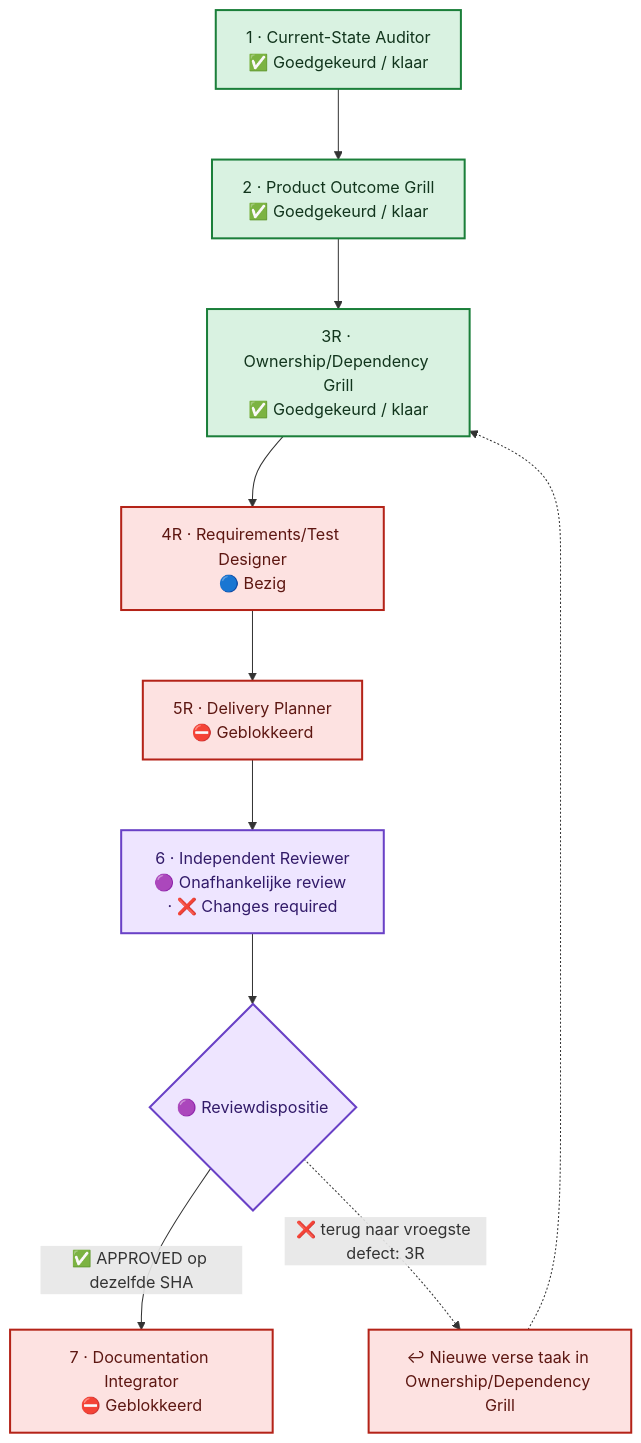
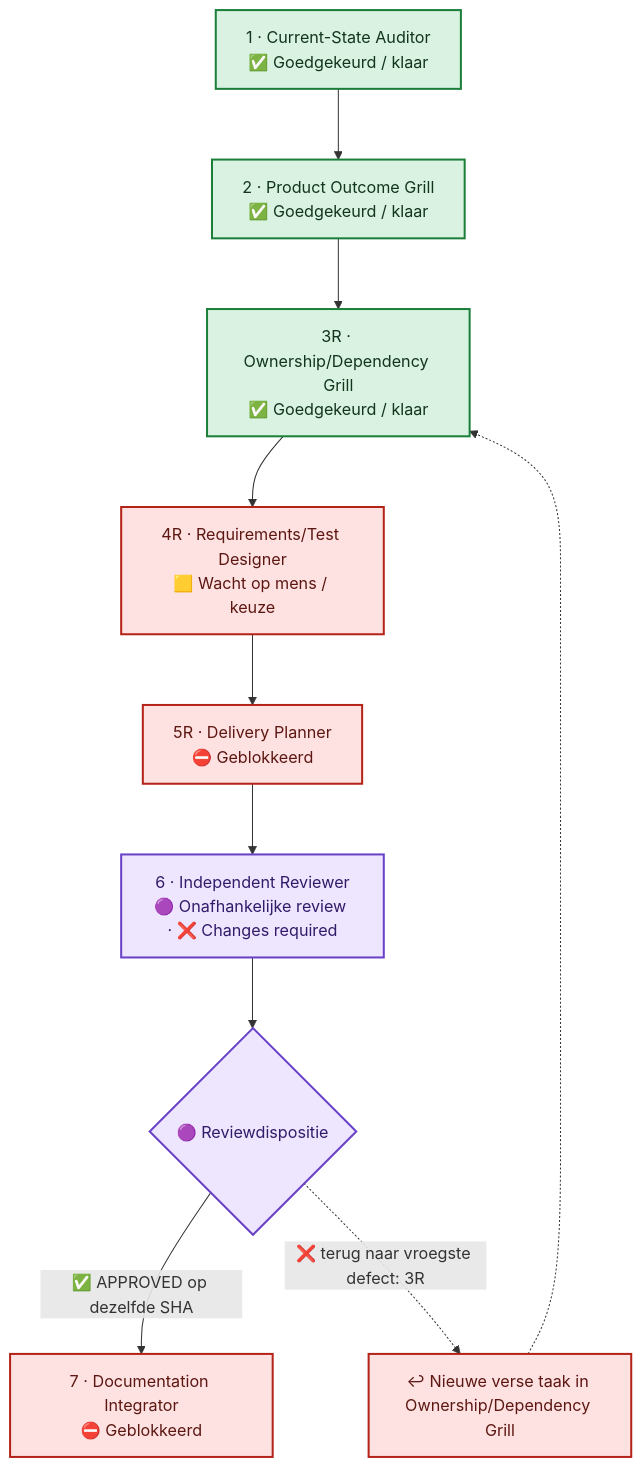
The diagram in flow.mmd (Jandesch91/n1-bioforge-requirements-cockpit), drawn with Mermaid before and after one commit. The commit also changed 4 other files, not shown here.

```diff
--- a/flow.mmd
+++ b/flow.mmd
@@ -1,24 +1,24 @@
 %%{init: {"flowchart": {"curve": "basis", "nodeSpacing": 60, "rankSpacing": 70, "htmlLabels": true}}}%%
 flowchart TB
     %% A vertical main lane prevents crossing arrows. The review return uses one side lane.
     phase_1["1 · Current-State Auditor<br/>✅ Goedgekeurd / klaar"]
     phase_2["2 · Product Outcome Grill<br/>✅ Goedgekeurd / klaar"]
     phase_3r["3R · Ownership/Dependency Grill<br/>✅ Goedgekeurd / klaar"]
-    phase_4r["4R · Requirements/Test Designer<br/>🔵 Bezig"]
+    phase_4r["4R · Requirements/Test Designer<br/>🟨 Wacht op mens / keuze"]
     phase_5r["5R · Delivery Planner<br/>⛔ Geblokkeerd"]
     phase_6["6 · Independent Reviewer<br/>🟣 Onafhankelijke review · ❌ Changes required"]
     phase_7["7 · Documentation Integrator<br/>⛔ Geblokkeerd"]
     phase_1 --> phase_2 --> phase_3r --> phase_4r --> phase_5r --> phase_6
     review_decision{"🟣 Reviewdispositie"}
     phase_6 --> review_decision
     review_decision -->|"✅ APPROVED op dezelfde SHA"| phase_7
     review_decision -.->|"❌ terug naar vroegste defect: 3R"| return_lane["↩ Nieuwe verse taak in Ownership/Dependency Grill"]
     return_lane -.-> phase_3r
     classDef approved fill:#D9F2E1,stroke:#1B7F3A,color:#12351D,stroke-width:2px
     classDef changes fill:#FDE2E1,stroke:#B42318,color:#5D1712,stroke-width:2px
     classDef blocked fill:#FDE2E1,stroke:#B42318,color:#5D1712,stroke-width:2px
     classDef review fill:#EEE5FF,stroke:#6941C6,color:#321B69,stroke-width:2px
     class phase_1,phase_2,phase_3r approved
     class phase_4r changes
     class phase_5r,phase_7,return_lane blocked
     class phase_6,review_decision review
```
